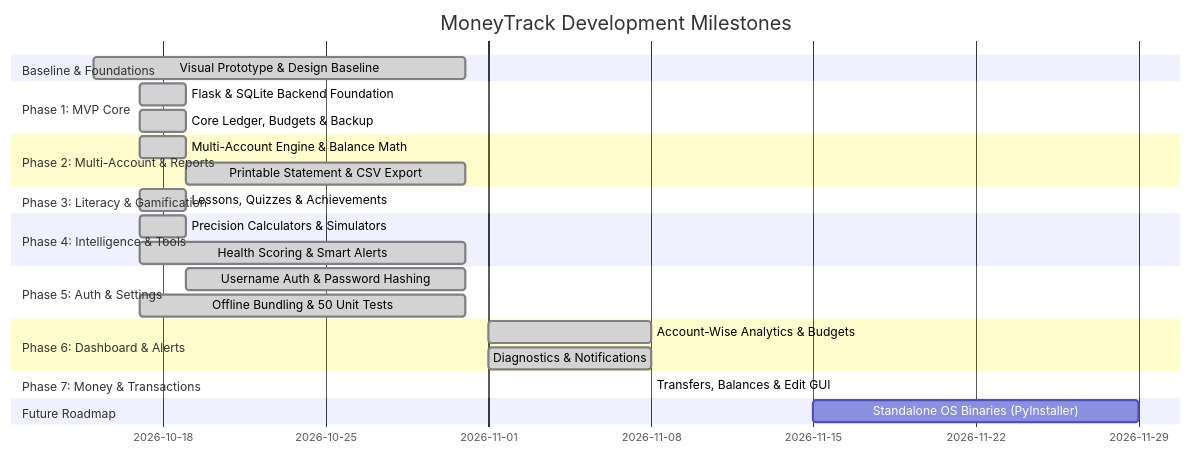
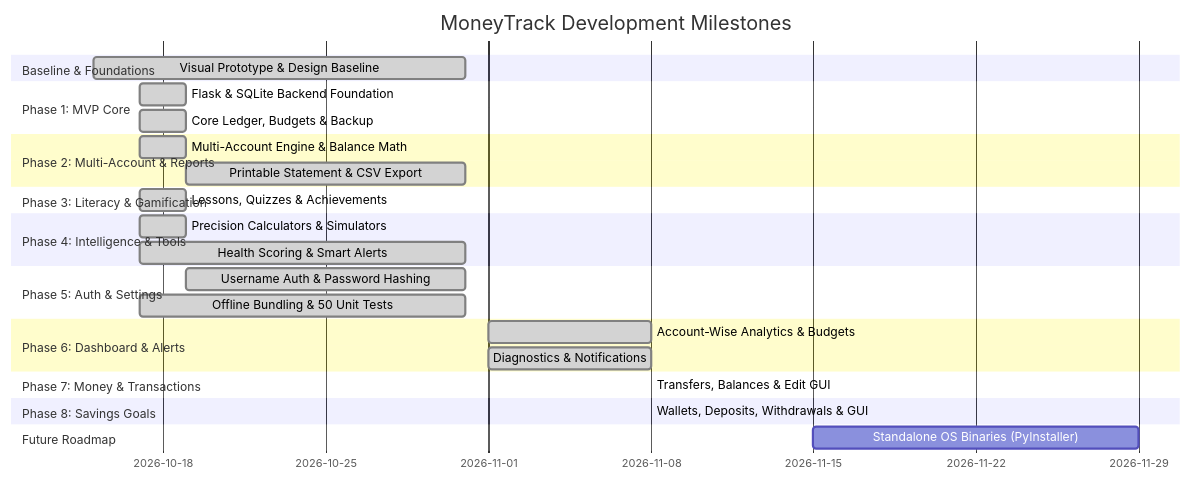
Before and after one commit to codevm-git/MoneyTrack: the diagram in doc/TASKS.md, drawn with Mermaid. The commit also changed other lines of this file and 9 other files, not shown here.

````diff
--- a/doc/TASKS.md
+++ b/doc/TASKS.md
@@ -17,28 +17,30 @@
 ```mermaid
 gantt
     title MoneyTrack Development Milestones
     dateFormat  YYYY-MM-DD
     section Baseline & Foundations
     Visual Prototype & Design Baseline  :done, p0, 2026-10-15, 2026-10-31
     section Phase 1: MVP Core
     Flask & SQLite Backend Foundation   :done, p1_1, 2026-10-17, 2026-10-19
     Core Ledger, Budgets & Backup       :done, p1_2, 2026-10-17, 2026-10-19
     section Phase 2: Multi-Account & Reports
     Multi-Account Engine & Balance Math :done, p2_1, 2026-10-17, 2026-10-19
     Printable Statement & CSV Export    :done, p2_2, 2026-10-19, 2026-10-31
     section Phase 3: Literacy & Gamification
     Lessons, Quizzes & Achievements     :done, p3_1, 2026-10-17, 2026-10-19
     section Phase 4: Intelligence & Tools
     Precision Calculators & Simulators  :done, p4_1, 2026-10-17, 2026-10-19
     Health Scoring & Smart Alerts       :done, p4_2, 2026-10-17, 2026-10-31
     section Phase 5: Auth & Settings
     Username Auth & Password Hashing    :done, p5_1, 2026-10-19, 2026-10-31
     Offline Bundling & 50 Unit Tests    :done, p5_2, 2026-10-17, 2026-10-31
     section Phase 6: Dashboard & Alerts
     Account-Wise Analytics & Budgets    :done, p6_1, 2026-11-01, 2026-11-08
     Diagnostics & Notifications         :done, p6_2, 2026-11-01, 2026-11-08
     section Phase 7: Money & Transactions
     Transfers, Balances & Edit GUI      :done, p7_1, 2026-11-08, 2026-11-08
+    section Phase 8: Savings Goals
+    Wallets, Deposits, Withdrawals & GUI:done, p8_1, 2026-11-08, 2026-11-08
     section Future Roadmap
-    Standalone OS Binaries (PyInstaller):p8_1, 2026-11-15, 14d
+    Standalone OS Binaries (PyInstaller):p9_1, 2026-11-15, 14d
 ```
````
